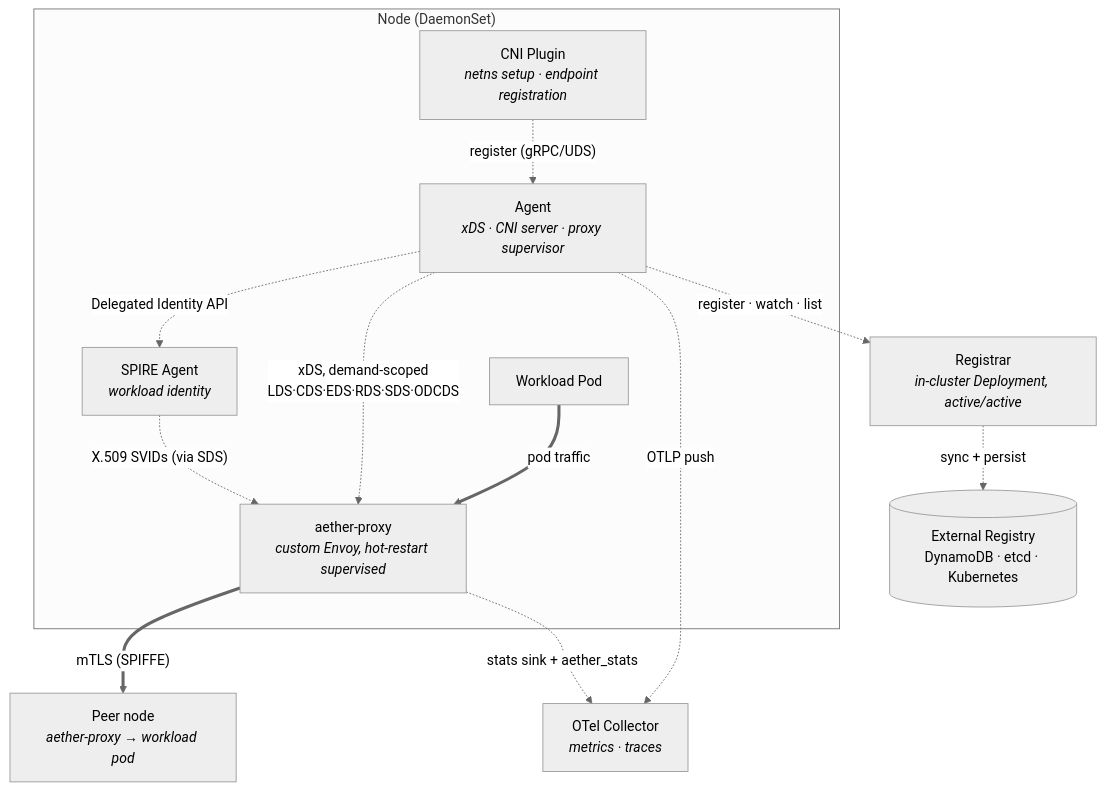
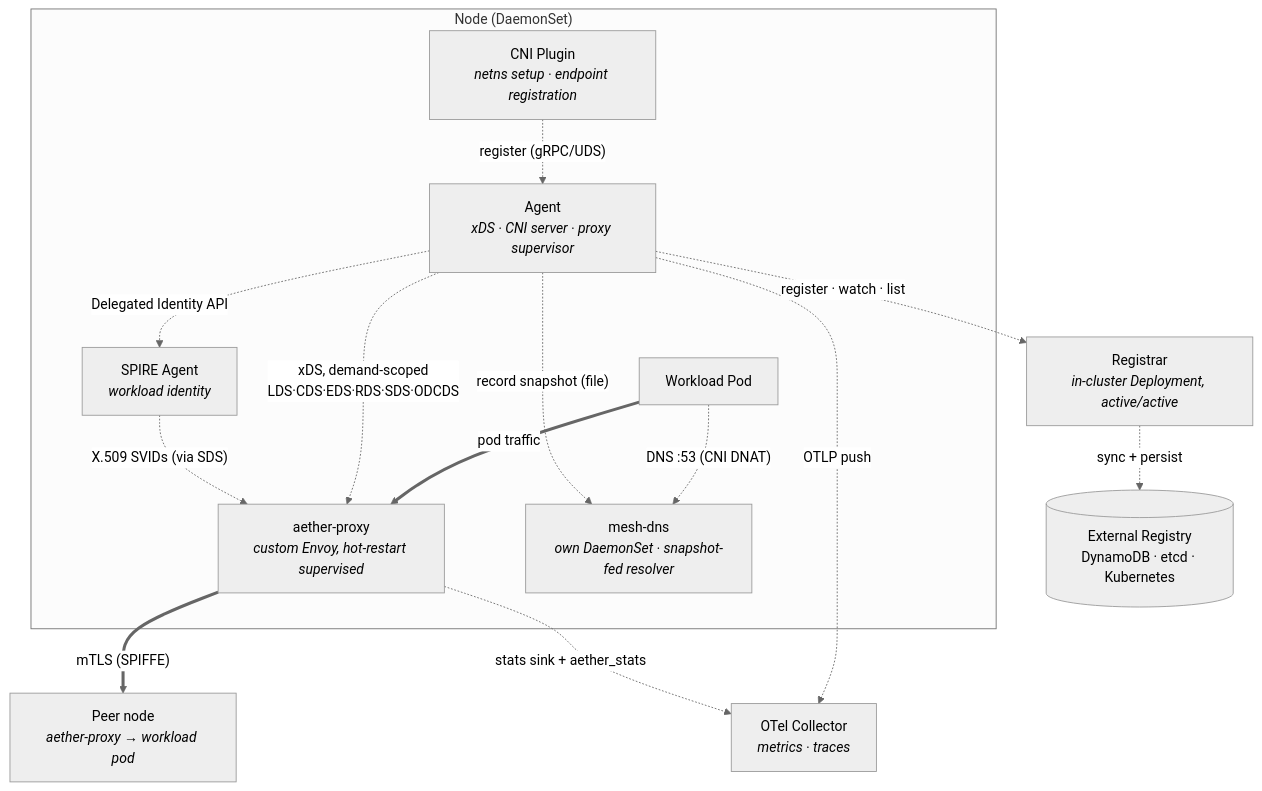
The diagram in README.md (bpalermo/aether), drawn with Mermaid (neutral theme) before and after one commit. The commit also changed other lines of this file and 15 other files, not shown here.

````diff
--- a/README.md
+++ b/README.md
@@ -9,29 +9,32 @@
 ```mermaid
 graph TD
     subgraph node["Node (DaemonSet)"]
         Pod["Workload Pod"]
         CNI["CNI Plugin<br/><i>netns setup · endpoint registration</i>"]
         Agent["Agent<br/><i>xDS · CNI server · proxy supervisor</i>"]
         Proxy["aether-proxy<br/><i>custom Envoy, hot-restart supervised</i>"]
+        MeshDNS["mesh-dns<br/><i>own DaemonSet · snapshot-fed resolver</i>"]
         SPIRE["SPIRE Agent<br/><i>workload identity</i>"]
 
         Pod == "pod traffic" ==> Proxy
+        Pod -. "DNS :53 (CNI DNAT)" .-> MeshDNS
+        Agent -. "record snapshot (file)" .-> MeshDNS
         CNI -. "register (gRPC/UDS)" .-> Agent
         Agent -. "xDS, demand-scoped<br/>LDS·CDS·EDS·RDS·SDS·ODCDS" .-> Proxy
         Agent -. "Delegated Identity API" .-> SPIRE
         SPIRE -. "X.509 SVIDs (via SDS)" .-> Proxy
     end
 
     Peer["Peer node<br/><i>aether-proxy → workload pod</i>"]
     Proxy == "mTLS (SPIFFE)" ==> Peer
 
     Registrar["Registrar<br/><i>in-cluster Deployment, active/active</i>"]
     Agent -. "register · watch · list" .-> Registrar
 
     Registry[("External Registry<br/>DynamoDB · etcd · Kubernetes")]
     Registrar -. "sync + persist" .-> Registry
 
     OTel["OTel Collector<br/><i>metrics · traces</i>"]
     Agent -. "OTLP push" .-> OTel
     Proxy -. "stats sink + aether_stats" .-> OTel
 ```
````
